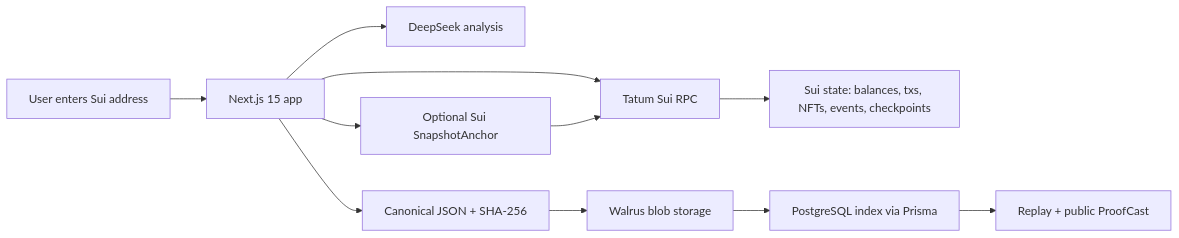
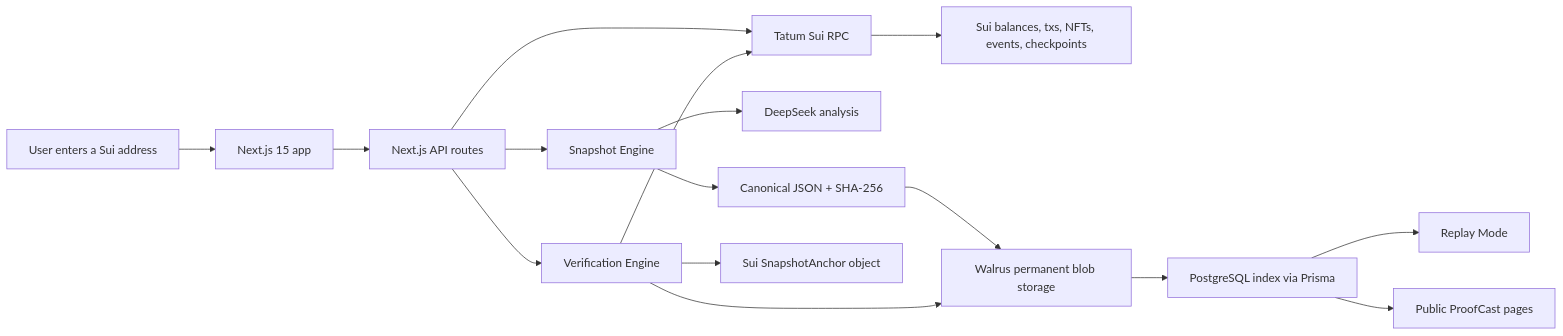
One commit to rmisra2003/proofcast changed the diagram in README.md. Above: the diagram before and after it, drawn with Mermaid. The commit also changed other lines of this file, not shown here.

````diff
--- a/README.md
+++ b/README.md
@@ -9,13 +263,18 @@
 ```mermaid
 flowchart LR
-  User["User enters Sui address"] --> Web["Next.js 15 app"]
-  Web --> Tatum["Tatum Sui RPC"]
-  Tatum --> Chain["Sui state: balances, txs, NFTs, events, checkpoints"]
-  Web --> AI["DeepSeek analysis"]
-  Web --> Hash["Canonical JSON + SHA-256"]
-  Hash --> Walrus["Walrus blob storage"]
+  User["User enters a Sui address"] --> Web["Next.js 15 app"]
+  Web --> API["Next.js API routes"]
+  API --> Tatum["Tatum Sui RPC"]
+  Tatum --> Sui["Sui balances, txs, NFTs, events, checkpoints"]
+  API --> Snapshot["Snapshot Engine"]
+  Snapshot --> AI["DeepSeek analysis"]
+  Snapshot --> Hash["Canonical JSON + SHA-256"]
+  Hash --> Walrus["Walrus permanent blob storage"]
   Walrus --> DB["PostgreSQL index via Prisma"]
-  Web --> Anchor["Optional Sui SnapshotAnchor"]
-  Anchor --> Tatum
-  DB --> Replay["Replay + public ProofCast"]
+  API --> Verify["Verification Engine"]
+  Verify --> Tatum
+  Verify --> Walrus
+  Verify --> Anchor["Sui SnapshotAnchor object"]
+  DB --> Replay["Replay Mode"]
+  DB --> Public["Public ProofCast pages"]
 ```
````
